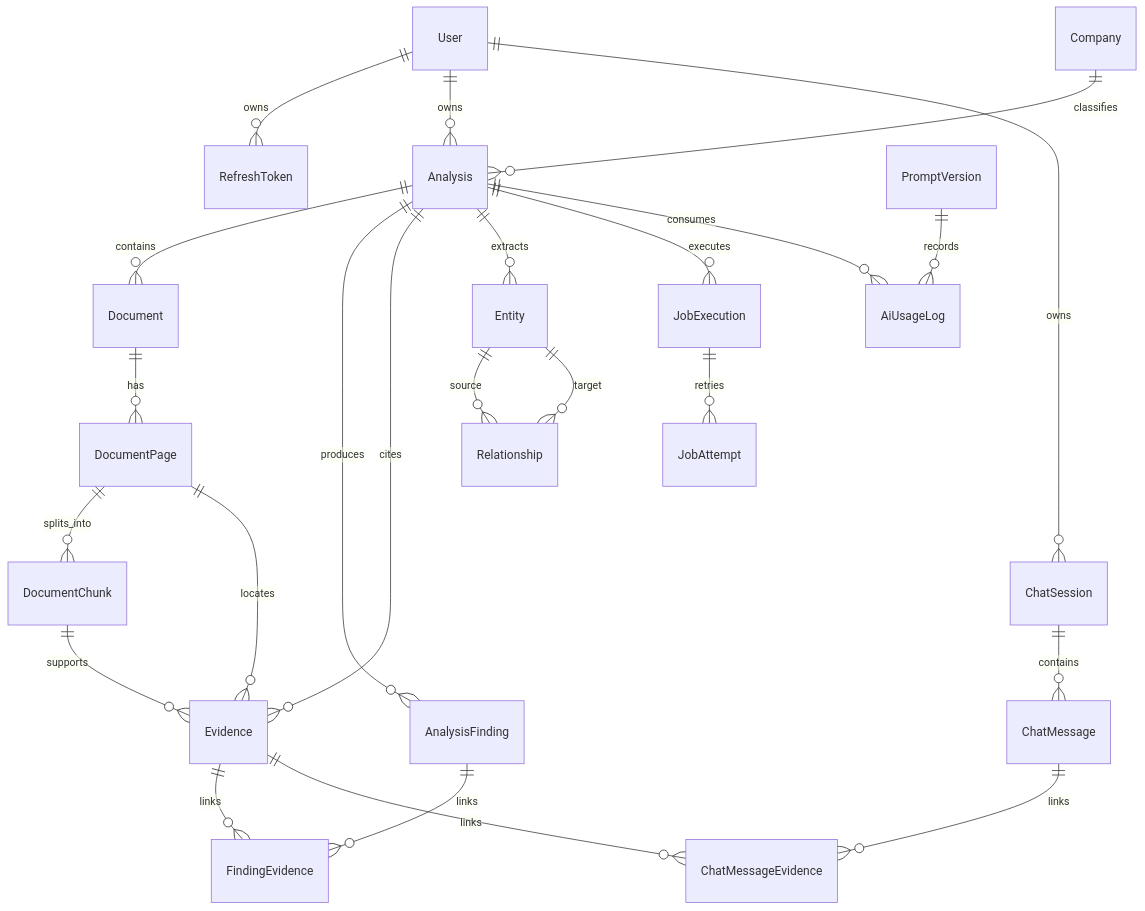
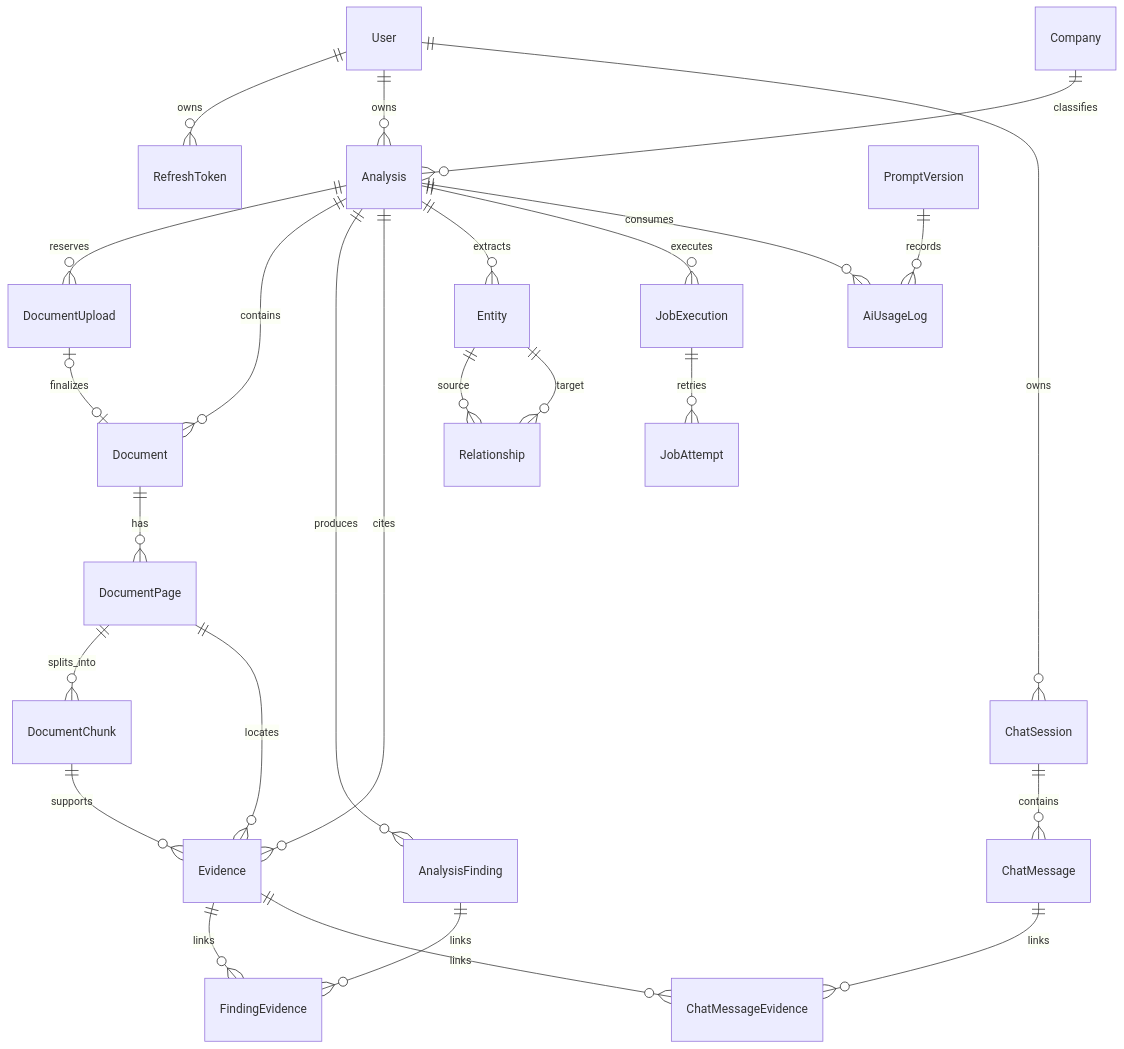
One commit to LiamShao/stock-lens changed the diagram in docs/database-design.md. Above: the diagram before and after it, drawn with Mermaid. The commit also changed other lines of this file and 38 other files, not shown here.

````diff
--- a/docs/database-design.md
+++ b/docs/database-design.md
@@ -64,26 +64,28 @@
 ```mermaid
 erDiagram
   User ||--o{ RefreshToken : owns
   User ||--o{ Analysis : owns
   Company ||--o{ Analysis : classifies
+  Analysis ||--o{ DocumentUpload : reserves
+  DocumentUpload |o--o| Document : finalizes
   Analysis ||--o{ Document : contains
   Document ||--o{ DocumentPage : has
   DocumentPage ||--o{ DocumentChunk : splits_into
   Analysis ||--o{ AnalysisFinding : produces
   Analysis ||--o{ Evidence : cites
   DocumentPage ||--o{ Evidence : locates
   DocumentChunk ||--o{ Evidence : supports
   AnalysisFinding ||--o{ FindingEvidence : links
   Evidence ||--o{ FindingEvidence : links
   Analysis ||--o{ Entity : extracts
   Entity ||--o{ Relationship : source
   Entity ||--o{ Relationship : target
   Analysis ||--o{ JobExecution : executes
   JobExecution ||--o{ JobAttempt : retries
   PromptVersion ||--o{ AiUsageLog : records
   Analysis ||--o{ AiUsageLog : consumes
   User ||--o{ ChatSession : owns
   ChatSession ||--o{ ChatMessage : contains
   ChatMessage ||--o{ ChatMessageEvidence : links
   Evidence ||--o{ ChatMessageEvidence : links
 ```
````
